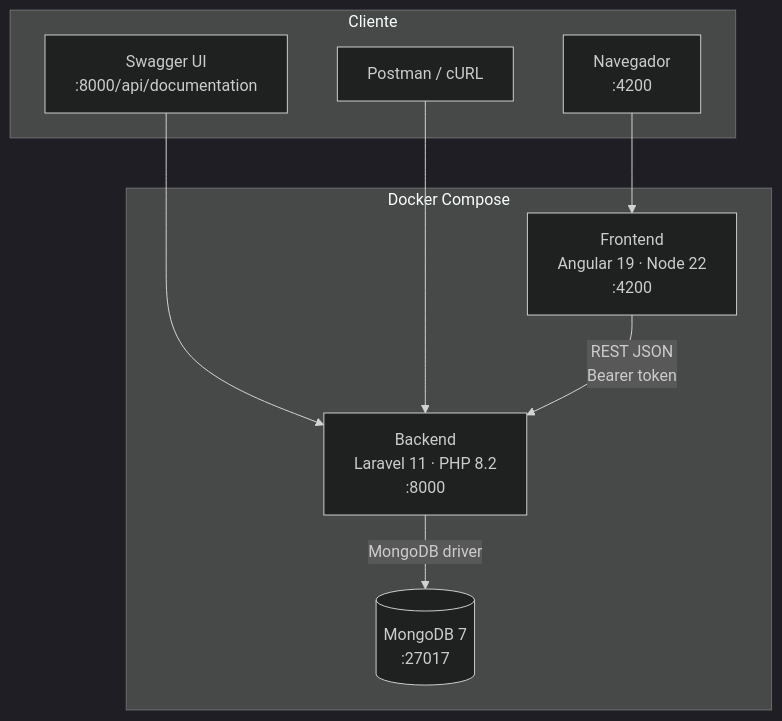
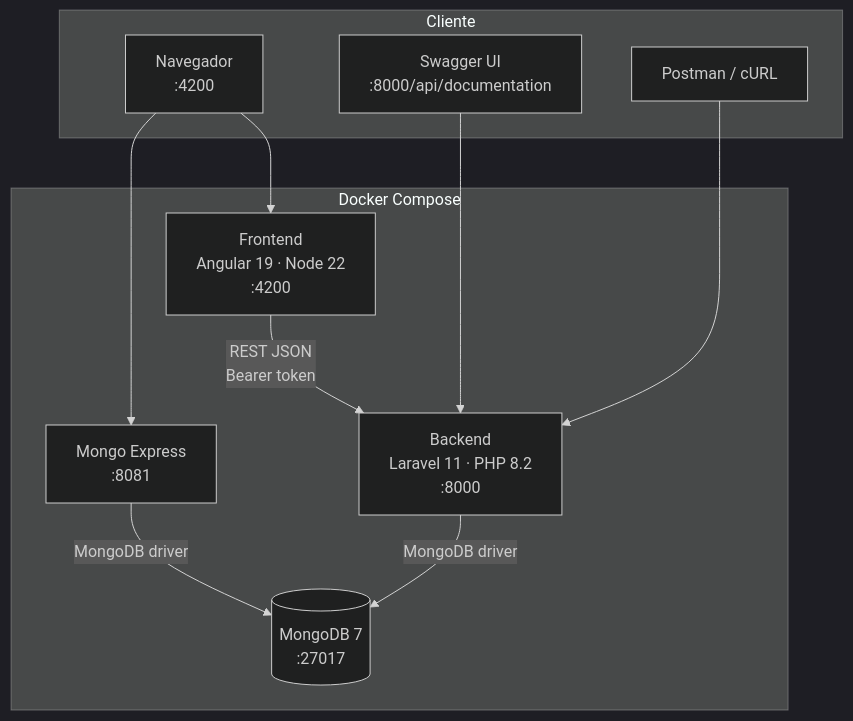
Before and after one commit to Migue716/Examen-Tap-Terminal: the first of 5 diagrams in ARCHITECTURE.md, drawn with Mermaid (dark theme). The commit also changed other lines of this file and 3 other files, not shown here.

````diff
--- a/ARCHITECTURE.md
+++ b/ARCHITECTURE.md
@@ -20,20 +20,23 @@
 ```mermaid
 flowchart TB
     subgraph Cliente["Cliente"]
         Browser["Navegador<br/>:4200"]
         Swagger["Swagger UI<br/>:8000/api/documentation"]
         Postman["Postman / cURL"]
     end
 
     subgraph Docker["Docker Compose"]
         FE["Frontend<br/>Angular 19 · Node 22<br/>:4200"]
         BE["Backend<br/>Laravel 11 · PHP 8.2<br/>:8000"]
         DB[(MongoDB 7<br/>:27017)]
+        MEX["Mongo Express<br/>:8081"]
     end
 
     Browser --> FE
+    Browser --> MEX
     Swagger --> BE
     Postman --> BE
     FE -->|"REST JSON<br/>Bearer token"| BE
+    MEX -->|"MongoDB driver"| DB
     BE -->|"MongoDB driver"| DB
 ```
````
